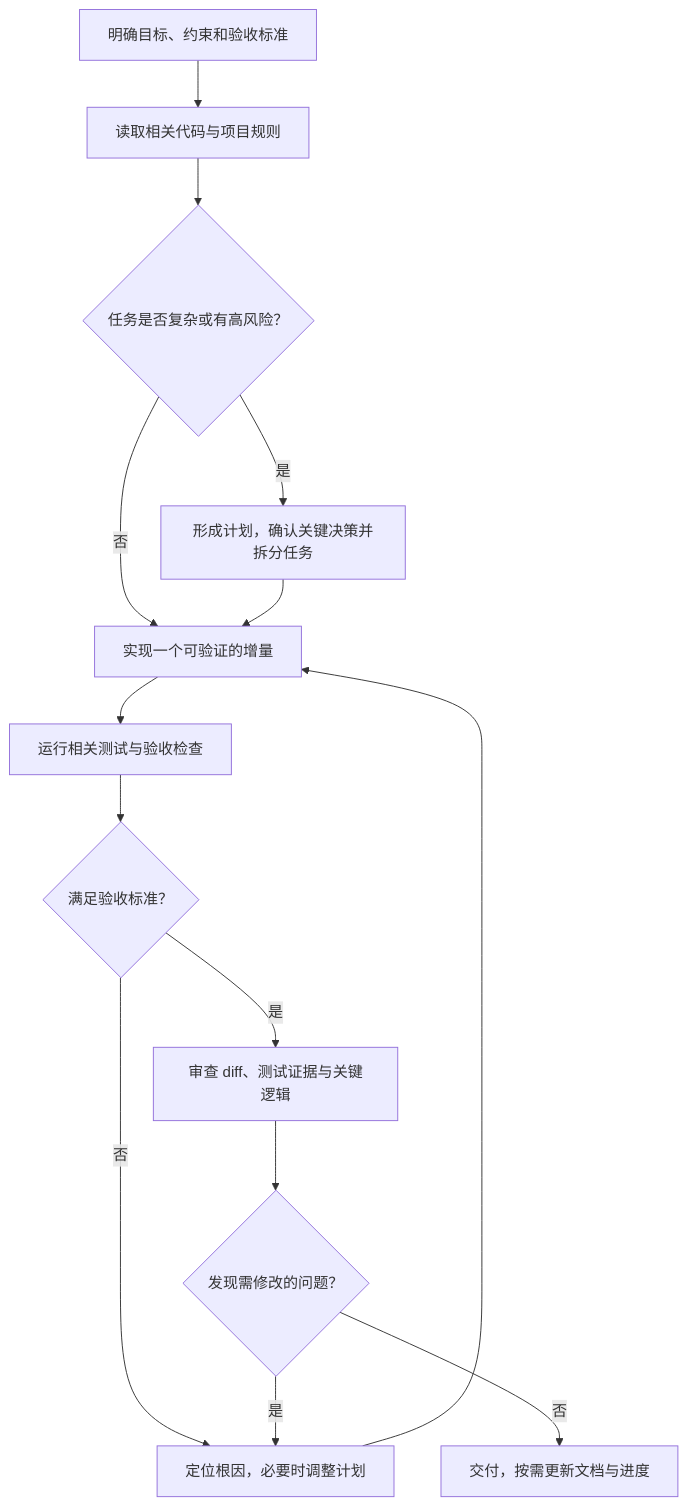
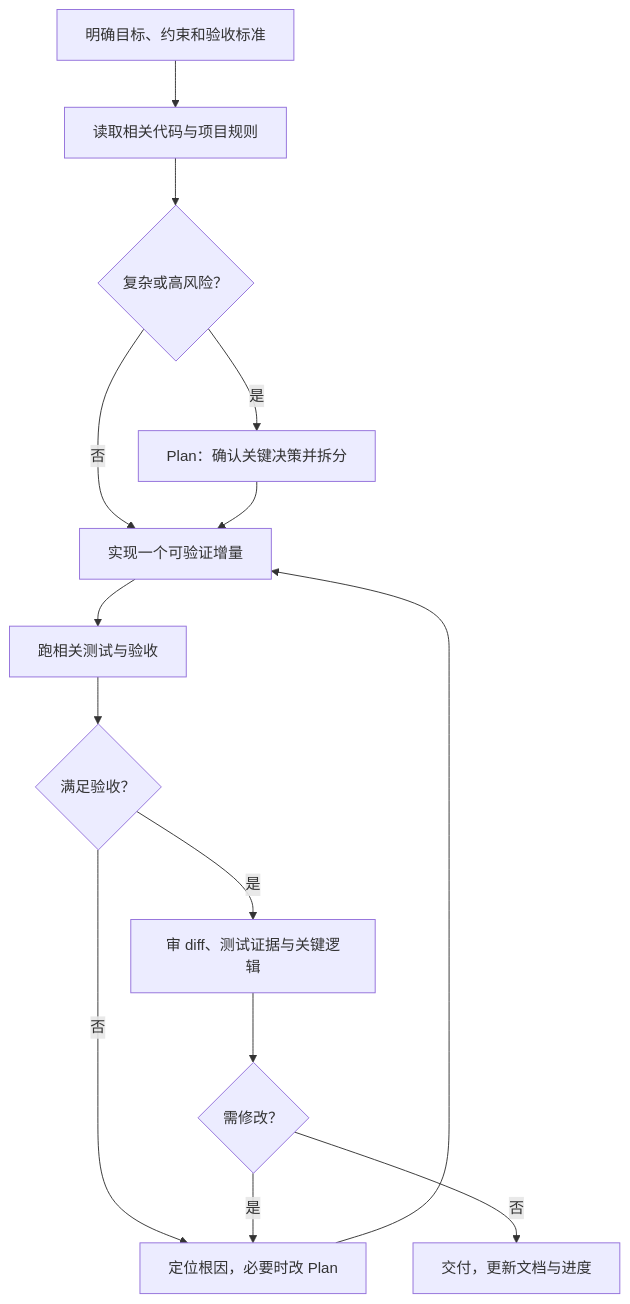
One commit to realgeoffrey/knowledge changed the diagram in 网站前端/AI笔记/README.md. Above: the diagram before and after it, drawn with Mermaid. The commit also changed other lines of this file and 37 other files, not shown here.

````diff
--- a/网站前端/AI笔记/README.md
+++ b/网站前端/AI笔记/README.md
@@ -245,16 +201,16 @@
 ```mermaid
 flowchart TD
     A[明确目标、约束和验收标准] --> B[读取相关代码与项目规则]
-    B --> C{任务是否复杂或有高风险？}
-    C -->|否| E[实现一个可验证的增量]
-    C -->|是| D[形成计划，确认关键决策并拆分任务]
+    B --> C{复杂或高风险？}
+    C -->|否| E[实现一个可验证增量]
+    C -->|是| D[Plan：确认关键决策并拆分]
     D --> E
-    E --> F[运行相关测试与验收检查]
-    F --> G{满足验收标准？}
-    G -->|否| H[定位根因，必要时调整计划]
+    E --> F[跑相关测试与验收]
+    F --> G{满足验收？}
+    G -->|否| H[定位根因，必要时改 Plan]
     H --> E
-    G -->|是| I[审查 diff、测试证据与关键逻辑]
-    I --> J{发现需修改的问题？}
+    G -->|是| I[审 diff、测试证据与关键逻辑]
+    I --> J{需修改？}
     J -->|是| H
-    J -->|否| K[交付，按需更新文档与进度]
+    J -->|否| K[交付，更新文档与进度]
 ```
````
